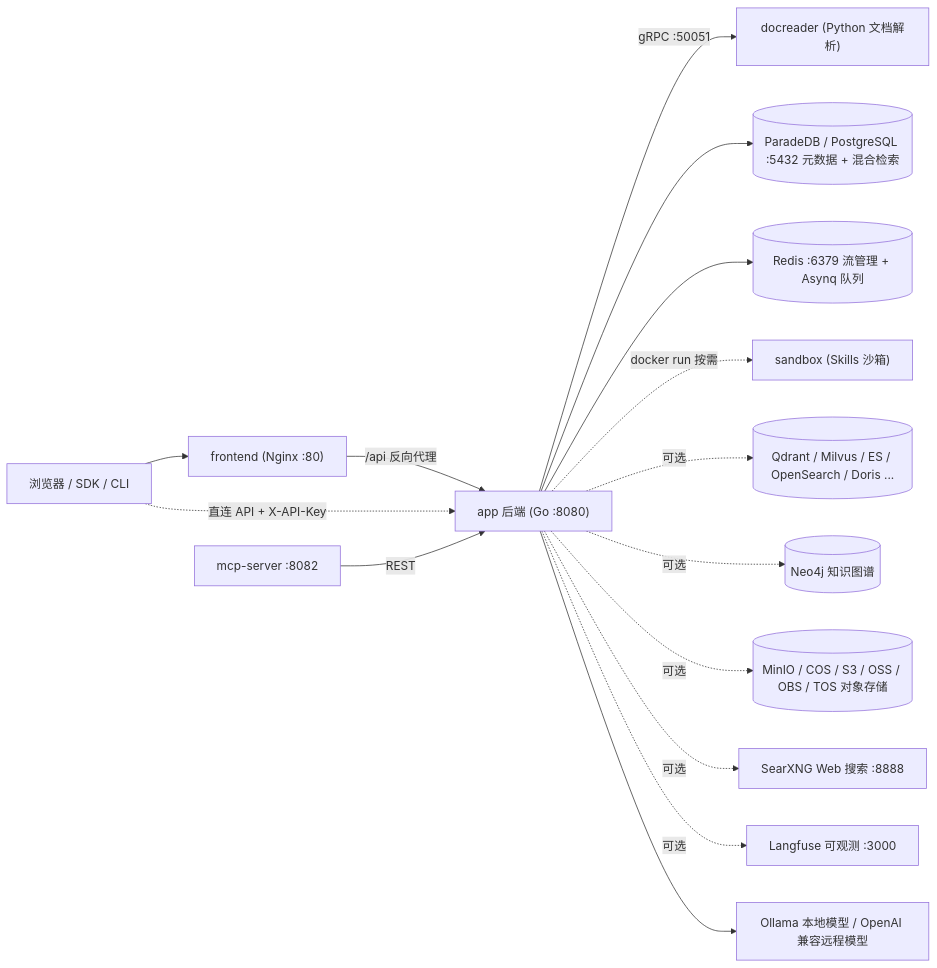
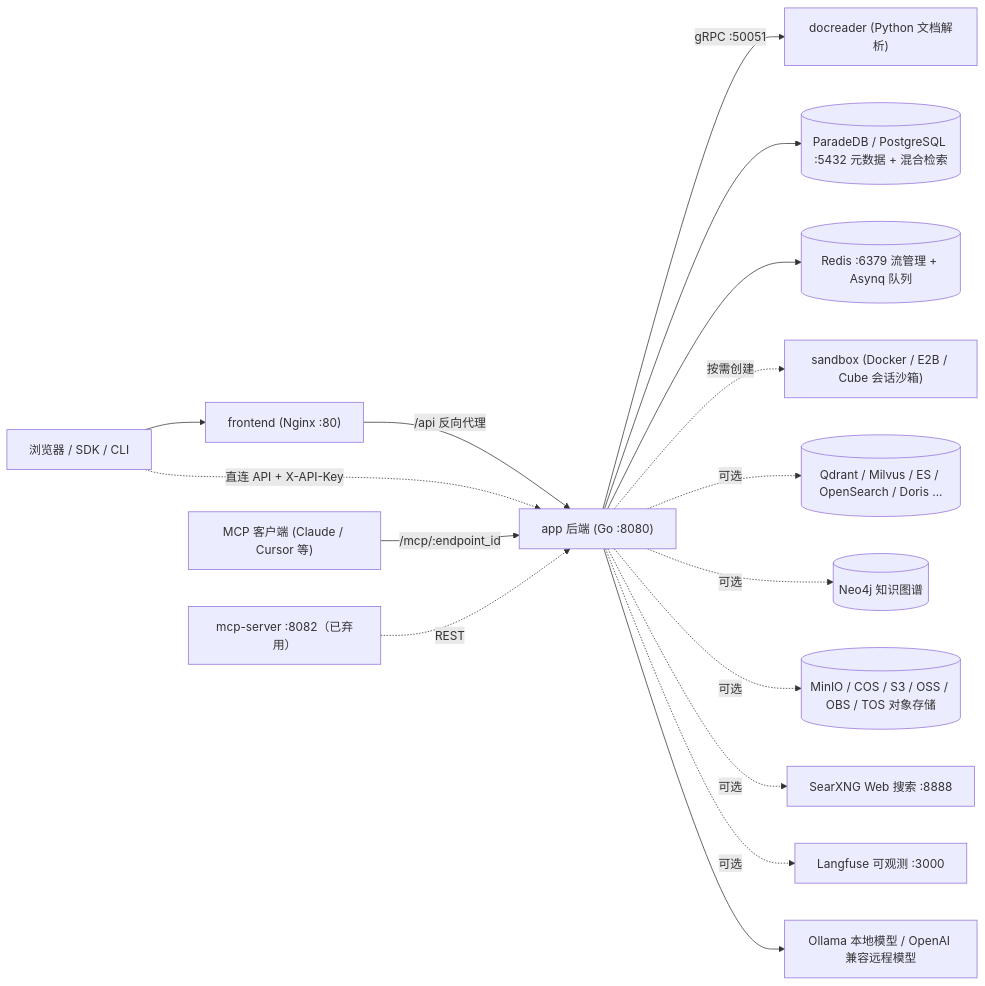
The second of 2 diagrams in website-docs/01-getting-started/01-introduction.md (michadel/WeKnora), drawn with Mermaid before and after one commit. The commit also changed other lines of this file and 125 other files, not shown here.

````diff
--- a/website-docs/01-getting-started/01-introduction.md
+++ b/website-docs/01-getting-started/01-introduction.md
@@ -139,17 +140,18 @@
 ```mermaid
 flowchart LR
     Browser["浏览器 / SDK / CLI"] --> FE["frontend (Nginx :80)"]
     FE -- "/api 反向代理" --> APP["app 后端 (Go :8080)"]
     Browser -. "直连 API + X-API-Key" .-> APP
     APP -- "gRPC :50051" --> DR["docreader (Python 文档解析)"]
     APP --> PG[("ParadeDB / PostgreSQL :5432 元数据 + 混合检索")]
     APP --> RD[("Redis :6379 流管理 + Asynq 队列")]
-    APP -. "docker run 按需" .-> SB["sandbox (Skills 沙箱)"]
+    APP -. "按需创建" .-> SB["sandbox (Docker / E2B / Cube 会话沙箱)"]
     APP -. "可选" .-> VDB[("Qdrant / Milvus / ES / OpenSearch / Doris ...")]
     APP -. "可选" .-> NEO[("Neo4j 知识图谱")]
     APP -. "可选" .-> OSS[("MinIO / COS / S3 / OSS / OBS / TOS 对象存储")]
     APP -. "可选" .-> SX["SearXNG Web 搜索 :8888"]
     APP -. "可选" .-> LF["Langfuse 可观测 :3000"]
     APP --> LLM["Ollama 本地模型 / OpenAI 兼容远程模型"]
-    MCPS["mcp-server :8082"] -- "REST" --> APP
+    MCPC["MCP 客户端 (Claude / Cursor 等)"] -- "/mcp/:endpoint_id" --> APP
+    MCPS["mcp-server :8082（已弃用）"] -. "REST" .-> APP
 ```
````
